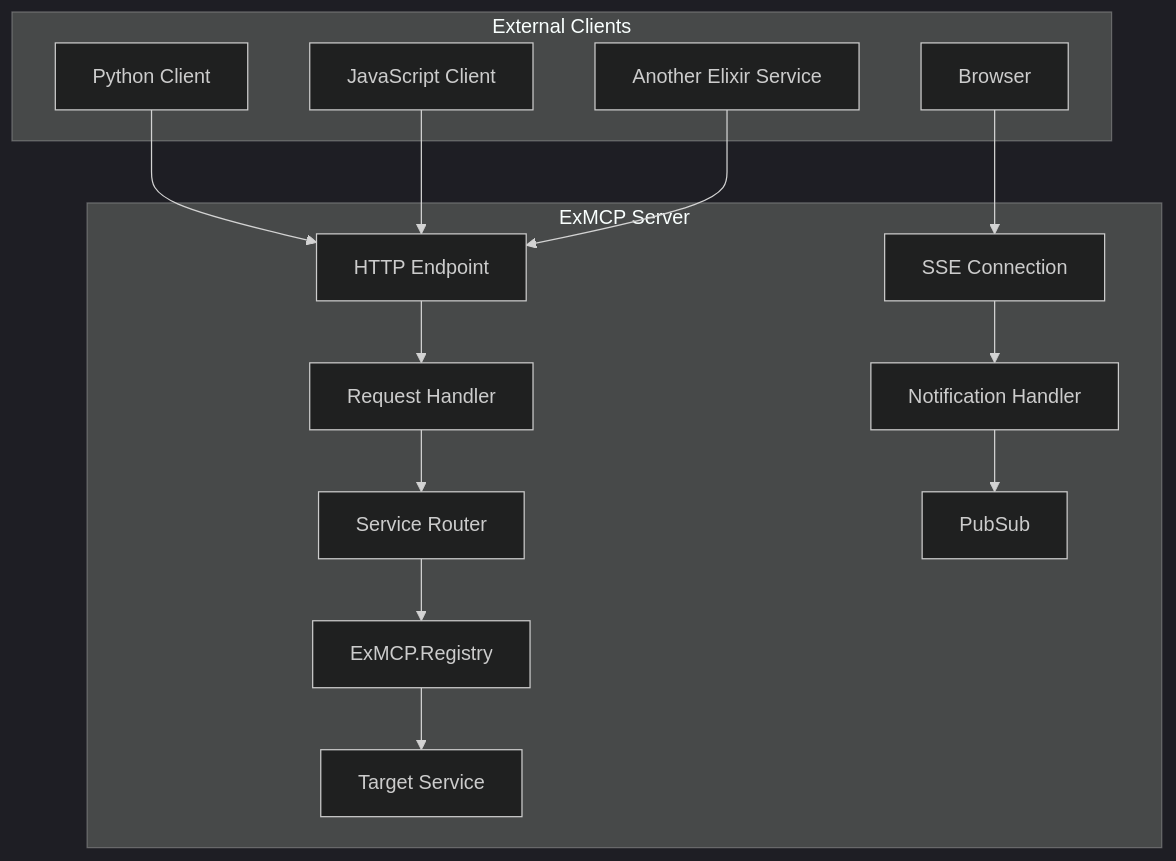
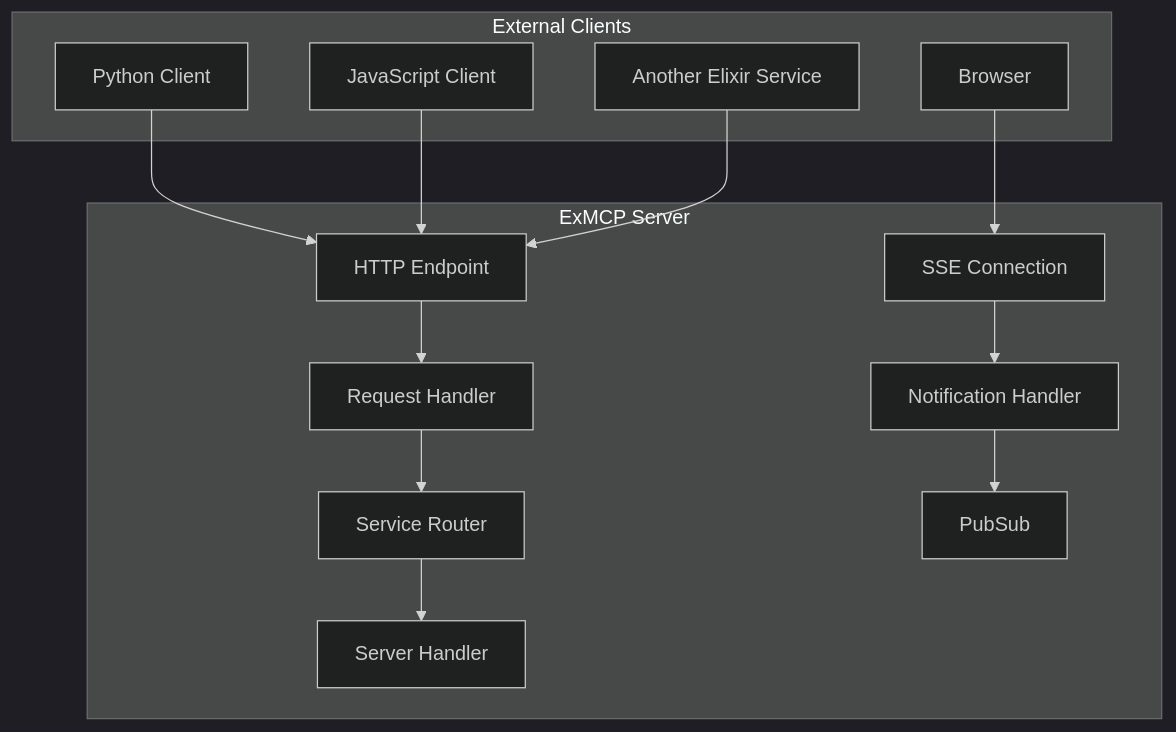
One commit to azmaveth/ex_mcp changed the third of 3 diagrams in docs/TRANSPORT_ARCHITECTURE.md. Above: the diagram before and after it, drawn with Mermaid (dark theme). The commit also changed other lines of this file and 67 other files, not shown here.

````diff
--- a/docs/TRANSPORT_ARCHITECTURE.md
+++ b/docs/TRANSPORT_ARCHITECTURE.md
@@ -96,19 +127,18 @@
 ```mermaid
 graph TB
     subgraph "ExMCP Server"
         A[HTTP Endpoint] --> B[Request Handler]
         B --> C[Service Router] 
-        C --> D[ExMCP.Registry]
-        D --> E[Target Service]
+        C --> D[Server Handler]
         
         F[SSE Connection] --> G[Notification Handler]
         G --> H[PubSub]
     end
     
     subgraph "External Clients"
         I[Python Client] --> A
         J[JavaScript Client] --> A
         K[Another Elixir Service] --> A
         L[Browser] --> F
     end
 ```
````
